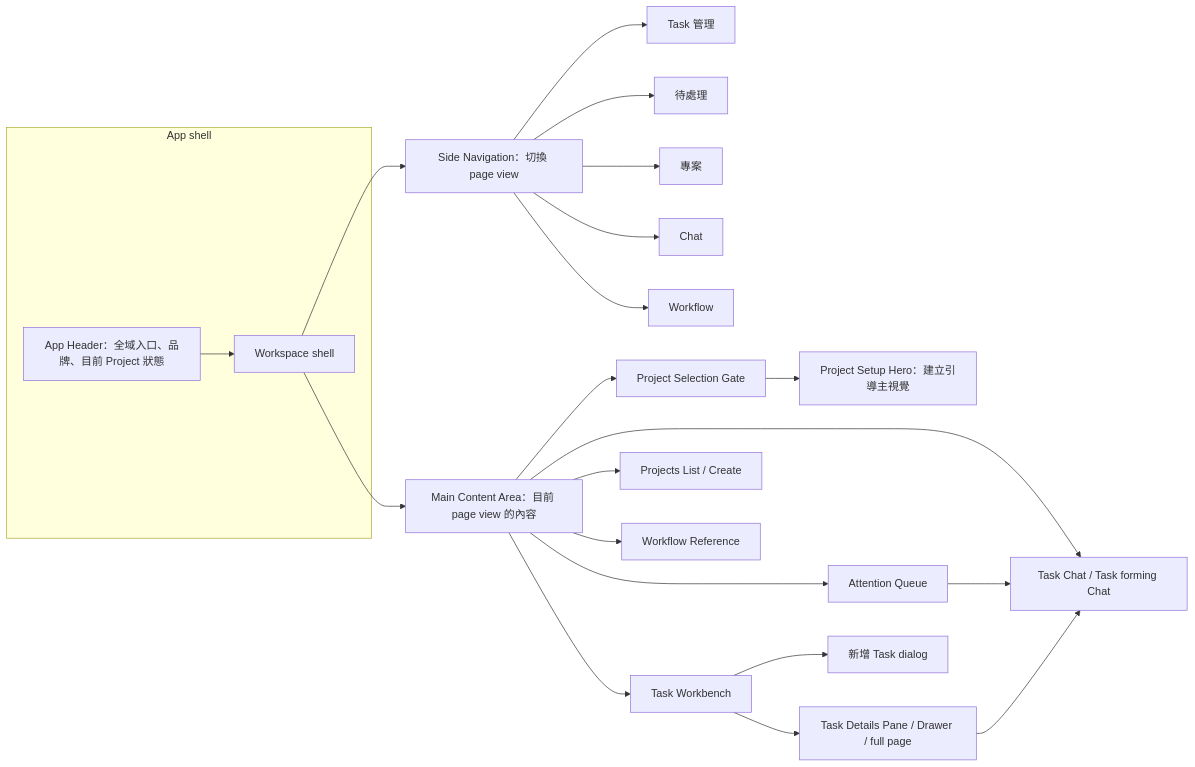
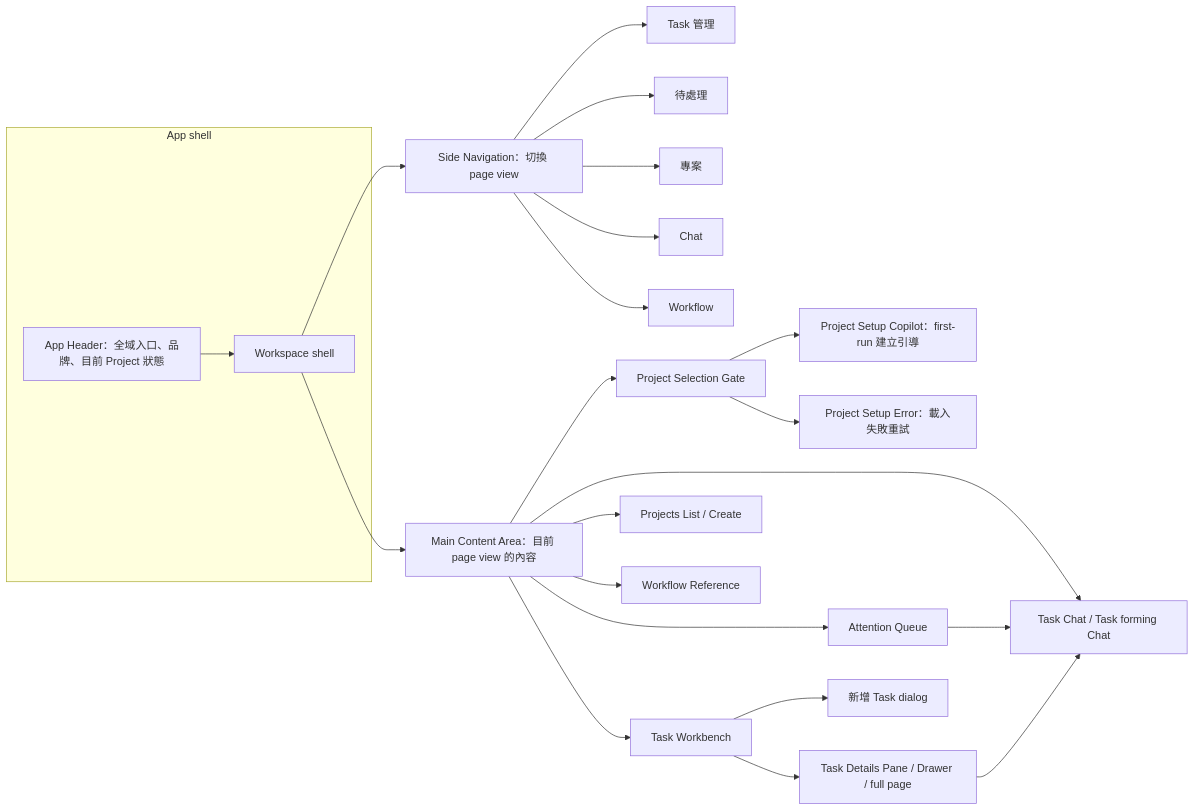
The diagram in docs/grimo/design/frontend-design-context.md (samzhu/grimoAPP), drawn with Mermaid before and after one commit. The commit also changed other lines of this file and 13 other files, not shown here.

````diff
--- a/docs/grimo/design/frontend-design-context.md
+++ b/docs/grimo/design/frontend-design-context.md
@@ -82,30 +83,31 @@
 ```mermaid
 flowchart LR
   subgraph APP["App shell"]
     TOP["App Header：全域入口、品牌、目前 Project 狀態"]
     WORKSPACE["Workspace shell"]
     TOP --> WORKSPACE
   end
 
   WORKSPACE --> RAIL["Side Navigation：切換 page view"]
   WORKSPACE --> MAIN["Main Content Area：目前 page view 的內容"]
 
   RAIL --> TASKS["Task 管理"]
   RAIL --> ATTENTION["待處理"]
   RAIL --> PROJECTS["專案"]
   RAIL --> CHAT["Chat"]
   RAIL --> WORKFLOW["Workflow"]
 
   MAIN --> GATE["Project Selection Gate"]
-  GATE --> SETUP_HERO["Project Setup Hero：建立引導主視覺"]
+  GATE --> SETUP_COPILOT["Project Setup Copilot：first-run 建立引導"]
+  GATE --> SETUP_ERROR["Project Setup Error：載入失敗重試"]
   MAIN --> TASKS_PAGE["Task Workbench"]
   MAIN --> ATTENTION_PAGE["Attention Queue"]
   MAIN --> PROJECTS_PAGE["Projects List / Create"]
   MAIN --> CHAT_PAGE["Task Chat / Task forming Chat"]
   MAIN --> WORKFLOW_PAGE["Workflow Reference"]
 
   TASKS_PAGE --> DETAIL["Task Details Pane / Drawer / full page"]
   TASKS_PAGE --> CREATE_TASK["新增 Task dialog"]
   ATTENTION_PAGE --> CHAT_PAGE
   DETAIL --> CHAT_PAGE
 ```
````
